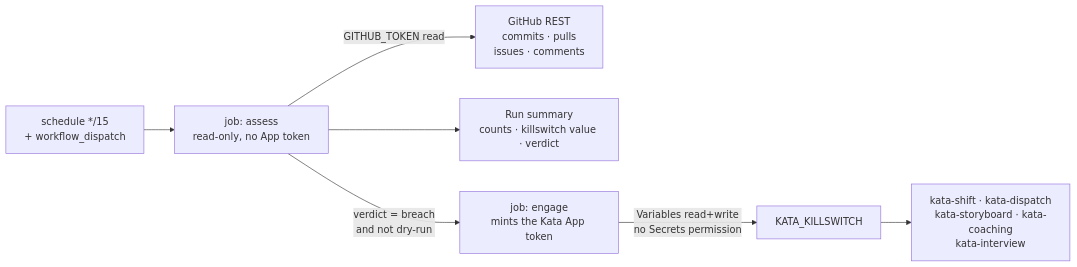
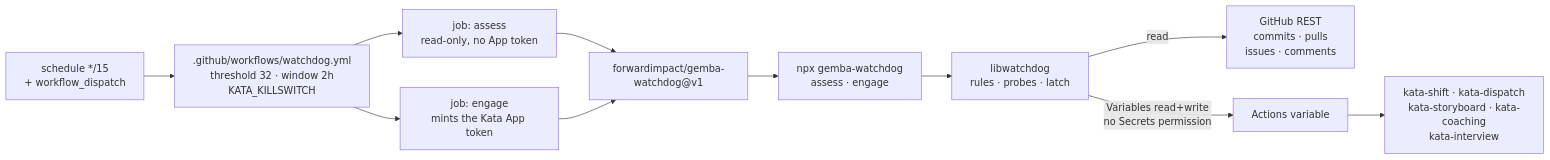
Before and after one commit to forwardimpact/monorepo: the first of 2 diagrams in specs/2330-kata-watchdog-workflow/design-a.md, drawn with Mermaid. The commit also changed other lines of this file and 1 other file, not shown here.

First line of the commit message:
design(2330): move the watchdog into libwatchdog and a gemba CLI

````diff
--- a/specs/2330-kata-watchdog-workflow/design-a.md
+++ b/specs/2330-kata-watchdog-workflow/design-a.md
@@ -10,9 +16,13 @@
 ```mermaid
 graph LR
-    CR["schedule */15<br/>+ workflow_dispatch"] --> AS["job: assess<br/>read-only, no App token"]
-    AS -->|"GITHUB_TOKEN read"| API["GitHub REST<br/>commits · pulls<br/>issues · comments"]
-    AS --> SUM["Run summary<br/>counts · killswitch value · verdict"]
-    AS -->|"verdict = breach<br/>and not dry-run"| EN["job: engage<br/>mints the Kata App token"]
-    EN -->|"Variables read+write<br/>no Secrets permission"| KS["KATA_KILLSWITCH"]
+    CR["schedule */15<br/>+ workflow_dispatch"] --> WF[".github/workflows/watchdog.yml<br/>threshold 32 · window 2h<br/>KATA_KILLSWITCH"]
+    WF --> AS["job: assess<br/>read-only, no App token"]
+    WF --> EN["job: engage<br/>mints the Kata App token"]
+    AS --> ACT["forwardimpact/gemba-watchdog@v1"]
+    EN --> ACT
+    ACT --> CLI["npx gemba-watchdog<br/>assess · engage"]
+    CLI --> LIB["libwatchdog<br/>rules · probes · latch"]
+    LIB -->|"read"| API["GitHub REST<br/>commits · pulls<br/>issues · comments"]
+    LIB -->|"Variables read+write<br/>no Secrets permission"| KS["Actions variable"]
     KS --> KW["kata-shift · kata-dispatch<br/>kata-storyboard · kata-coaching<br/>kata-interview"]
 ```
````
